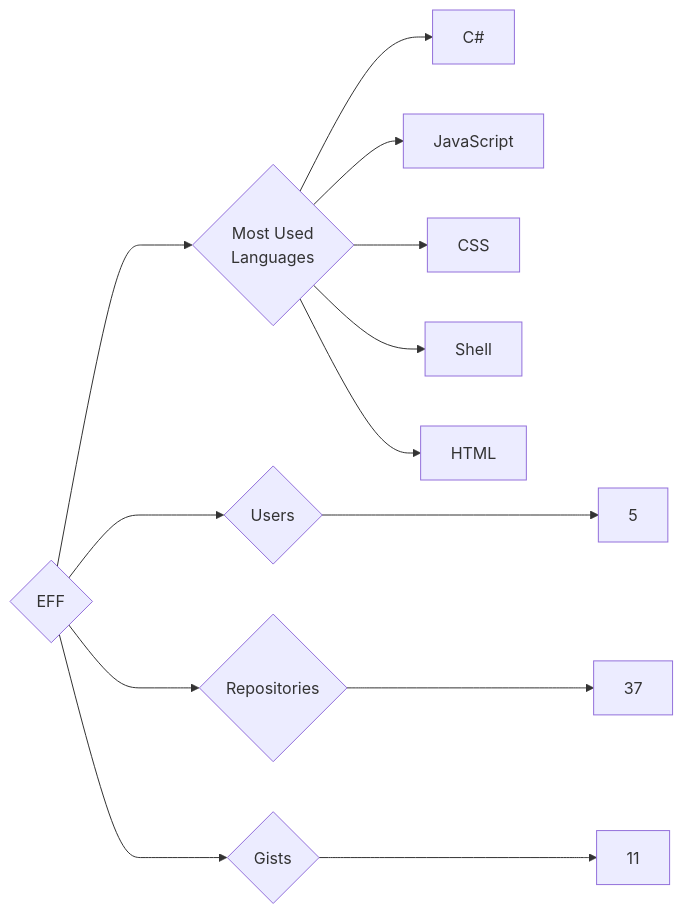
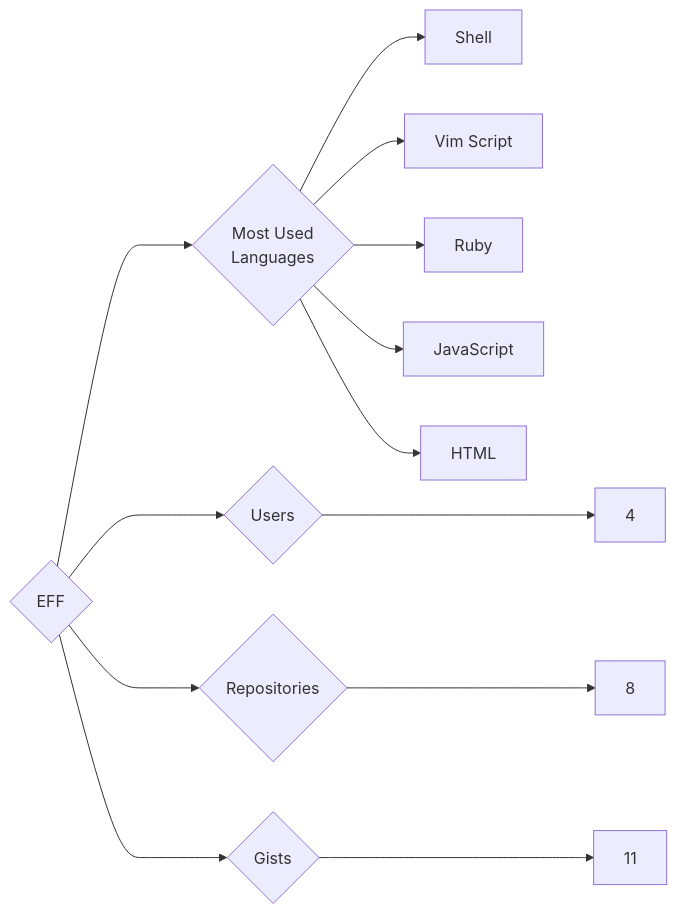
Before and after one commit to trickest/insiders: the diagram in targets/EFF/README.md, drawn with Mermaid. The commit also changed 715 other files, not shown here.

````diff
--- a/targets/EFF/README.md
+++ b/targets/EFF/README.md
@@ -3,13 +3,13 @@
 ```mermaid
 graph LR
 COMPANY_NAME{EFF}
-COMPANY_NAME ---> U{Users} ---> UN[5]
-COMPANY_NAME ---> R{Repositories} ---> RN[37]
+COMPANY_NAME ---> U{Users} ---> UN[4]
+COMPANY_NAME ---> R{Repositories} ---> RN[8]
 COMPANY_NAME ---> G{Gists} ---> GN[11]
 COMPANY_NAME ---> ML{Most Used<br>Languages}
-ML --> C#[C#]
+ML --> Shell[Shell]
+ML --> Vim_Script[Vim Script]
+ML --> Ruby[Ruby]
 ML --> JavaScript[JavaScript]
-ML --> CSS[CSS]
-ML --> Shell[Shell]
 ML --> HTML[HTML]
 ```
````
